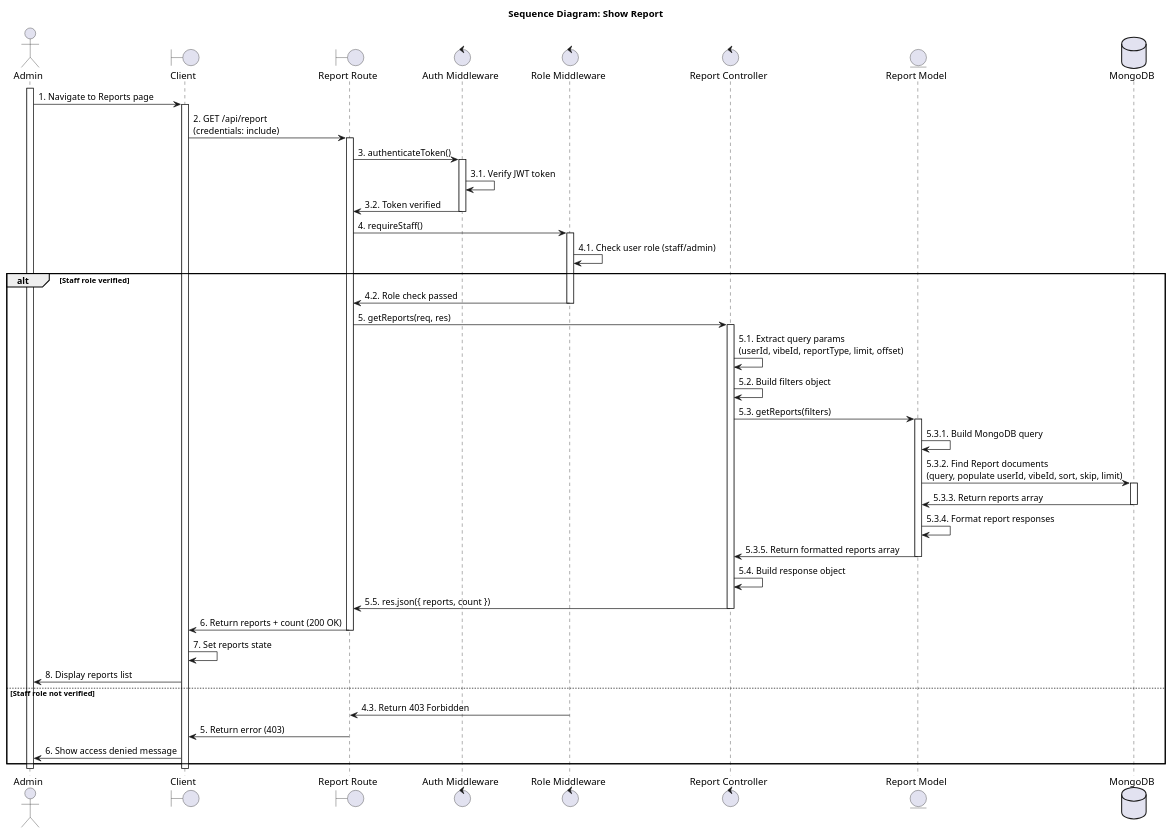
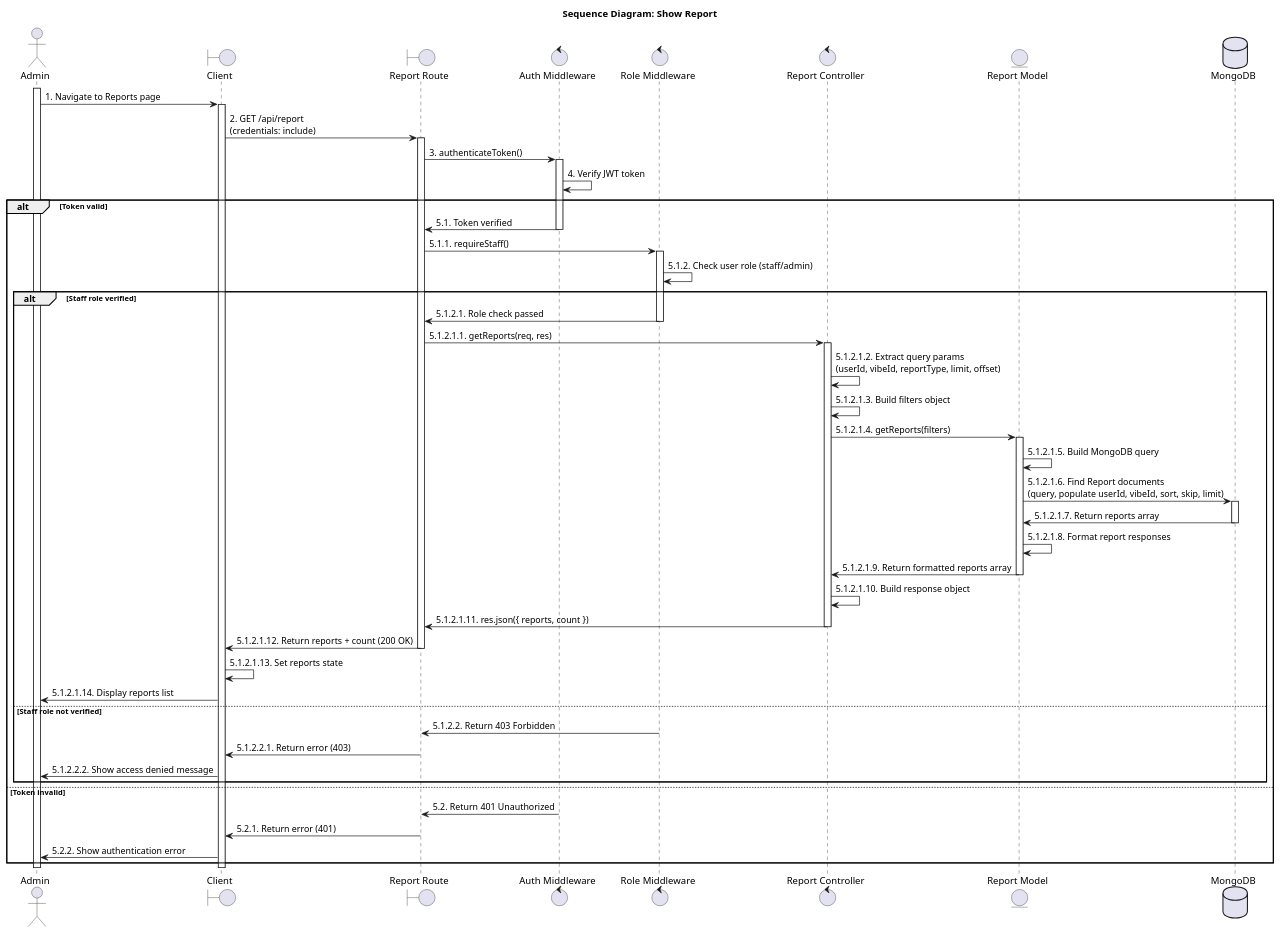
Before and after one commit to SvnFrs/re-oldvibes: the third of 10 diagrams in SEQUENCE_DIAGRAMS_UC.md, drawn with PlantUML. The commit also changed other lines of this file, not shown here.

Commit message:
chore: doc for report 2

````diff
--- a/SEQUENCE_DIAGRAMS_UC.md
+++ b/SEQUENCE_DIAGRAMS_UC.md
@@ -154,61 +162,69 @@
 ```plantuml
 @startuml Show Report
 title Sequence Diagram: Show Report
 
 actor Admin
 boundary "Client" as Client
 boundary "Report Route" as Route
 control "Auth Middleware" as AuthMiddleware
 control "Role Middleware" as RoleMiddleware
 control "Report Controller" as Controller
 entity "Report Model" as Model
 database "MongoDB" as Database
 
 activate Admin
 Admin -> Client : 1. Navigate to Reports page
 activate Client
 Client -> Route : 2. GET /api/report\n(credentials: include)
 activate Route
 Route -> AuthMiddleware : 3. authenticateToken()
 activate AuthMiddleware
-AuthMiddleware -> AuthMiddleware : 3.1. Verify JWT token
-AuthMiddleware -> Route : 3.2. Token verified
-deactivate AuthMiddleware
-Route -> RoleMiddleware : 4. requireStaff()
-activate RoleMiddleware
-RoleMiddleware -> RoleMiddleware : 4.1. Check user role (staff/admin)
-alt Staff role verified
-    RoleMiddleware -> Route : 4.2. Role check passed
-    deactivate RoleMiddleware
-    Route -> Controller : 5. getReports(req, res)
-    activate Controller
-    Controller -> Controller : 5.1. Extract query params\n(userId, vibeId, reportType, limit, offset)
-    Controller -> Controller : 5.2. Build filters object
-    Controller -> Model : 5.3. getReports(filters)
-    activate Model
-    Model -> Model : 5.3.1. Build MongoDB query
-    Model -> Database : 5.3.2. Find Report documents\n(query, populate userId, vibeId, sort, skip, limit)
-    activate Database
-    Database -> Model : 5.3.3. Return reports array
-    deactivate Database
-    Model -> Model : 5.3.4. Format report responses
-    Model -> Controller : 5.3.5. Return formatted reports array
-    deactivate Model
-    Controller -> Controller : 5.4. Build response object
-    Controller -> Route : 5.5. res.json({ reports, count })
-    deactivate Controller
-    Route -> Client : 6. Return reports + count (200 OK)
+AuthMiddleware -> AuthMiddleware : 4. Verify JWT token
+alt Token valid
+    AuthMiddleware -> Route : 5.1. Token verified
+    deactivate AuthMiddleware
+    Route -> RoleMiddleware : 5.1.1. requireStaff()
+    activate RoleMiddleware
+    RoleMiddleware -> RoleMiddleware : 5.1.2. Check user role (staff/admin)
+    alt Staff role verified
+        RoleMiddleware -> Route : 5.1.2.1. Role check passed
+        deactivate RoleMiddleware
+        Route -> Controller : 5.1.2.1.1. getReports(req, res)
+        activate Controller
+        Controller -> Controller : 5.1.2.1.2. Extract query params\n(userId, vibeId, reportType, limit, offset)
+        Controller -> Controller : 5.1.2.1.3. Build filters object
+        Controller -> Model : 5.1.2.1.4. getReports(filters)
+        activate Model
+        Model -> Model : 5.1.2.1.5. Build MongoDB query
+        Model -> Database : 5.1.2.1.6. Find Report documents\n(query, populate userId, vibeId, sort, skip, limit)
+        activate Database
+        Database -> Model : 5.1.2.1.7. Return reports array
+        deactivate Database
+        Model -> Model : 5.1.2.1.8. Format report responses
+        Model -> Controller : 5.1.2.1.9. Return formatted reports array
+        deactivate Model
+        Controller -> Controller : 5.1.2.1.10. Build response object
+        Controller -> Route : 5.1.2.1.11. res.json({ reports, count })
+        deactivate Controller
+        Route -> Client : 5.1.2.1.12. Return reports + count (200 OK)
+        deactivate Route
+        Client -> Client : 5.1.2.1.13. Set reports state
+        Client -> Admin : 5.1.2.1.14. Display reports list
+    else Staff role not verified
+        RoleMiddleware -> Route : 5.1.2.2. Return 403 Forbidden
+        deactivate RoleMiddleware
+        Route -> Client : 5.1.2.2.1. Return error (403)
+        deactivate Route
+        Client -> Admin : 5.1.2.2.2. Show access denied message
+    end
+else Token invalid
+    AuthMiddleware -> Route : 5.2. Return 401 Unauthorized
+    deactivate AuthMiddleware
+    Route -> Client : 5.2.1. Return error (401)
     deactivate Route
-    Client -> Client : 7. Set reports state
-    Client -> Admin : 8. Display reports list
-else Staff role not verified
-    RoleMiddleware -> Route : 4.3. Return 403 Forbidden
-    deactivate RoleMiddleware
-    Route -> Client : 5. Return error (403)
-    deactivate Route
-    Client -> Admin : 6. Show access denied message
+    Client -> Admin : 5.2.2. Show authentication error
 end
 deactivate Client
 deactivate Admin
 @enduml
 ```
````
